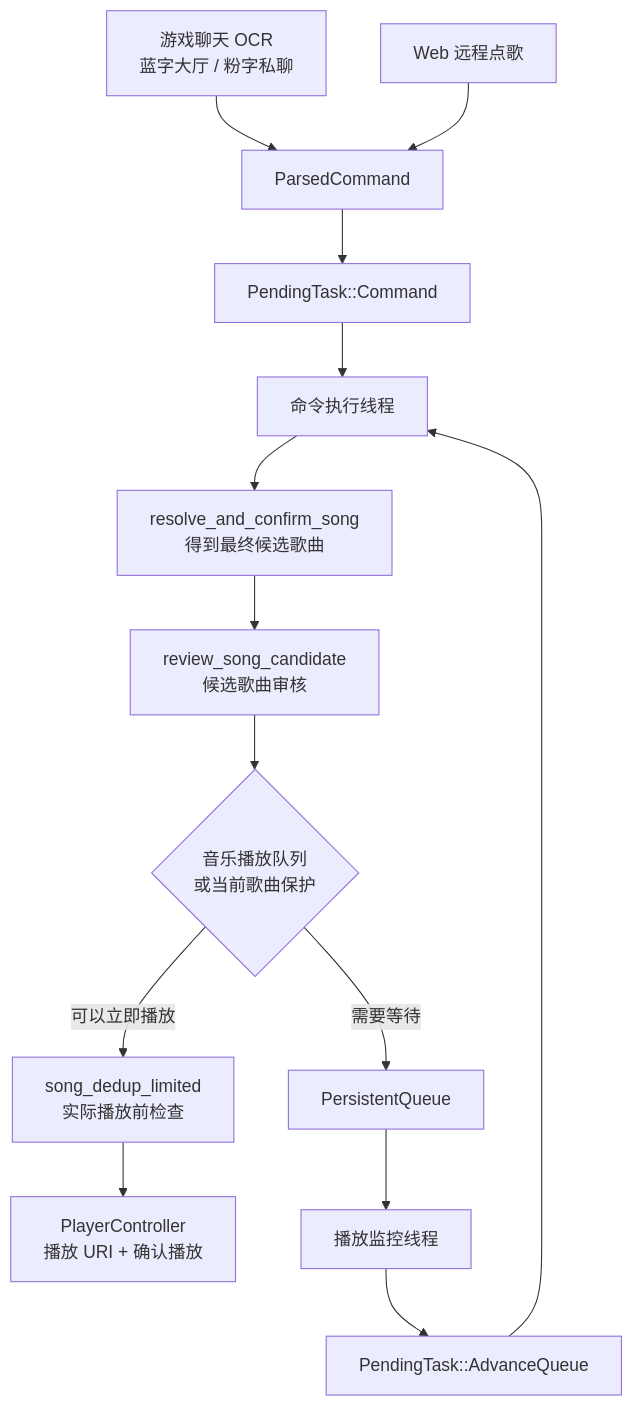
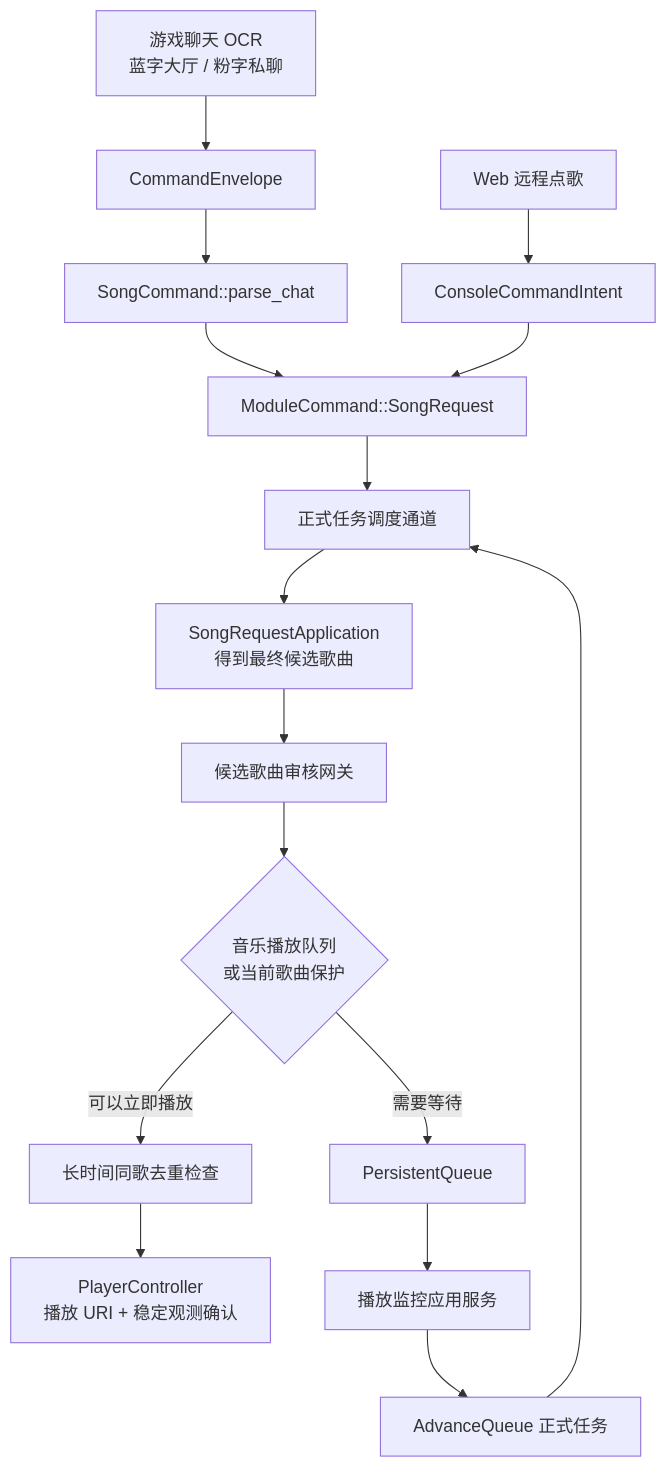
Before and after one commit to XingNian-www/Miliastra-Wonderland-Music: the first of 2 diagrams in docs/song-request-flow.md, drawn with Mermaid. The commit also changed other lines of this file and 105 other files, not shown here.

Commit message:
refactor: finish v2 architecture migration

````diff
--- a/docs/song-request-flow.md
+++ b/docs/song-request-flow.md
@@ -11,16 +11,18 @@
 ```mermaid
 flowchart TD
-    A["游戏聊天 OCR<br/>蓝字大厅 / 粉字私聊"] --> B["ParsedCommand"]
-    C["Web 远程点歌"] --> B
-    B --> D["PendingTask::Command"]
-    D --> E["命令执行线程"]
-    E --> F["resolve_and_confirm_song<br/>得到最终候选歌曲"]
-    F --> G["review_song_candidate<br/>候选歌曲审核"]
-    G --> H{"音乐播放队列<br/>或当前歌曲保护"}
-    H -->|需要等待| I["PersistentQueue"]
-    H -->|可以立即播放| M["song_dedup_limited<br/>实际播放前检查"]
-    M --> J["PlayerController<br/>播放 URI + 确认播放"]
-    I --> K["播放监控线程"]
-    K --> L["PendingTask::AdvanceQueue"]
-    L --> E
+    A["游戏聊天 OCR<br/>蓝字大厅 / 粉字私聊"] --> B["CommandEnvelope"]
+    B --> C["SongCommand::parse_chat"]
+    D["Web 远程点歌"] --> E["ConsoleCommandIntent"]
+    C --> F["ModuleCommand::SongRequest"]
+    E --> F
+    F --> G["正式任务调度通道"]
+    G --> H["SongRequestApplication<br/>得到最终候选歌曲"]
+    H --> I["候选歌曲审核网关"]
+    I --> J{"音乐播放队列<br/>或当前歌曲保护"}
+    J -->|需要等待| K["PersistentQueue"]
+    J -->|可以立即播放| L["长时间同歌去重检查"]
+    L --> M["PlayerController<br/>播放 URI + 稳定观测确认"]
+    K --> N["播放监控应用服务"]
+    N --> O["AdvanceQueue 正式任务"]
+    O --> G
 ```
````
